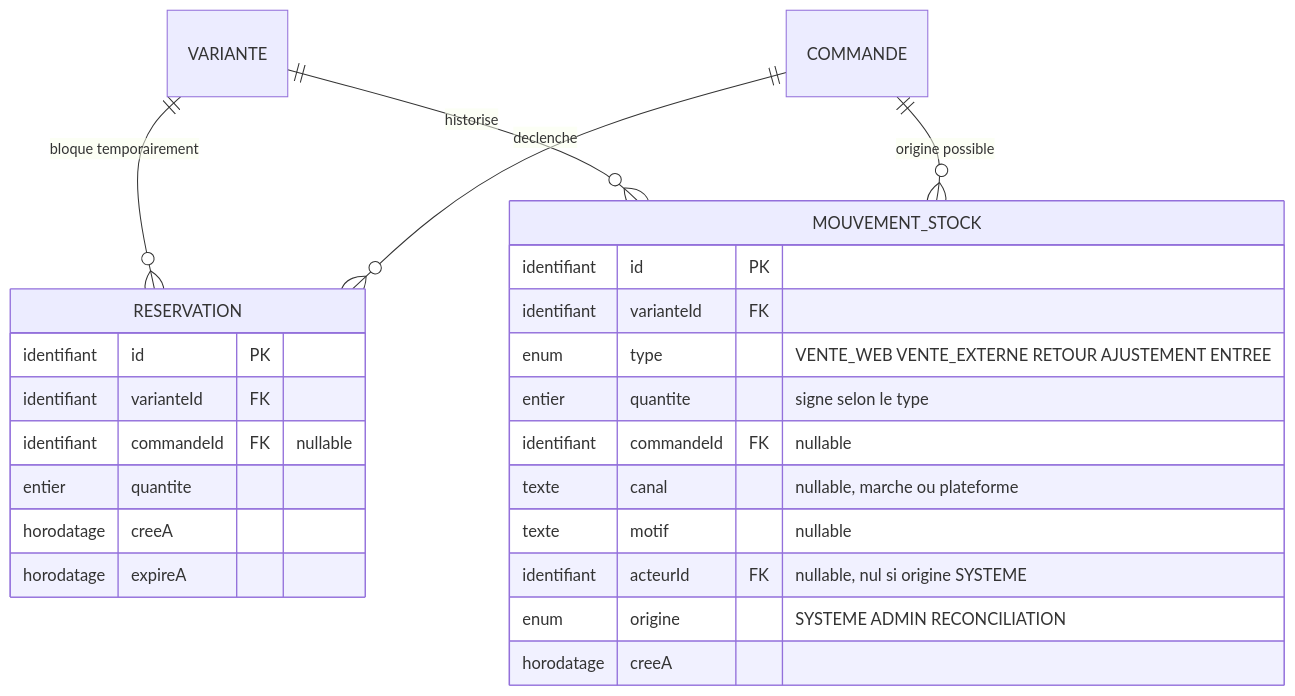
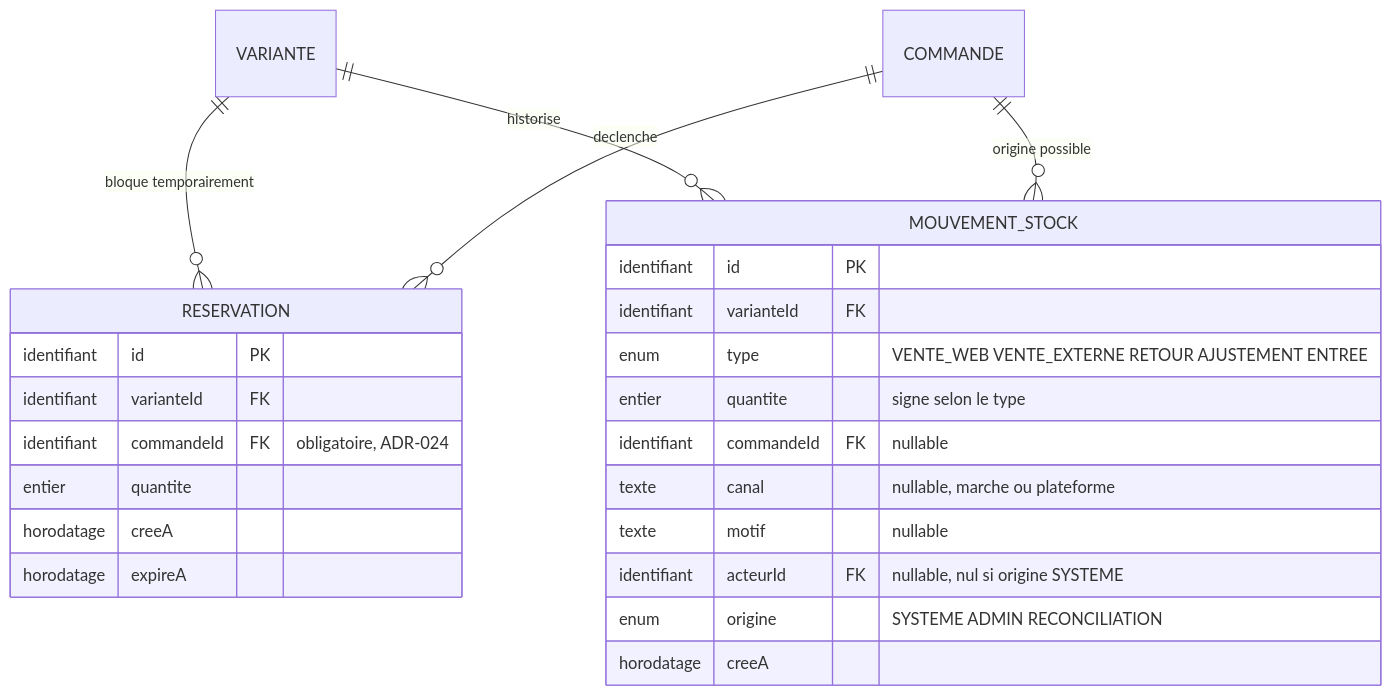
One commit to krismos64/lune-soleil changed the third of 9 diagrams in docs/architecture/MODELE-CONCEPTUEL.md. Above: the diagram before and after it, drawn with Mermaid. The commit also changed other lines of this file and 6 other files, not shown here.

````diff
--- a/docs/architecture/MODELE-CONCEPTUEL.md
+++ b/docs/architecture/MODELE-CONCEPTUEL.md
@@ -284,28 +284,28 @@
 ```mermaid
 erDiagram
     VARIANTE ||--o{ RESERVATION : "bloque temporairement"
     VARIANTE ||--o{ MOUVEMENT_STOCK : "historise"
     COMMANDE ||--o{ RESERVATION : "declenche"
     COMMANDE ||--o{ MOUVEMENT_STOCK : "origine possible"
 
     RESERVATION {
         identifiant id PK
         identifiant varianteId FK
-        identifiant commandeId FK "nullable"
+        identifiant commandeId FK "obligatoire, ADR-024"
         entier quantite
         horodatage creeA
         horodatage expireA
     }
     MOUVEMENT_STOCK {
         identifiant id PK
         identifiant varianteId FK
         enum type "VENTE_WEB VENTE_EXTERNE RETOUR AJUSTEMENT ENTREE"
         entier quantite "signe selon le type"
         identifiant commandeId FK "nullable"
         texte canal "nullable, marche ou plateforme"
         texte motif "nullable"
         identifiant acteurId FK "nullable, nul si origine SYSTEME"
         enum origine "SYSTEME ADMIN RECONCILIATION"
         horodatage creeA
     }
 ```
````
